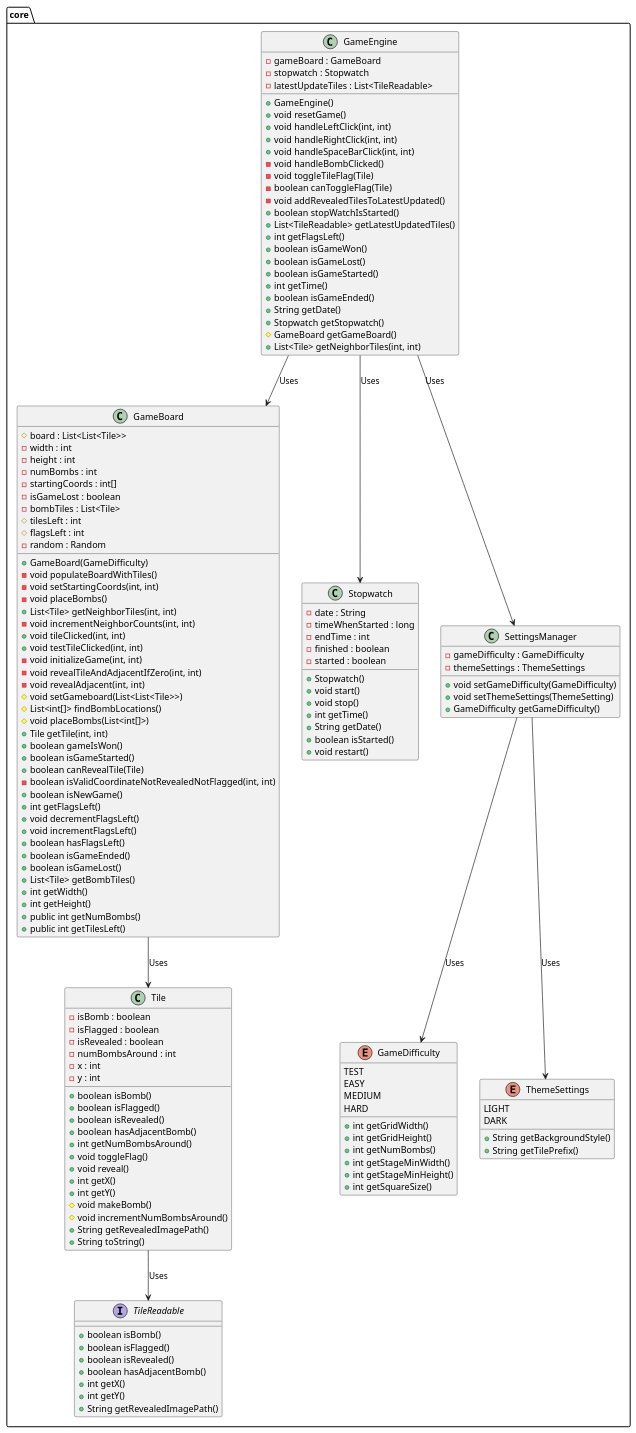
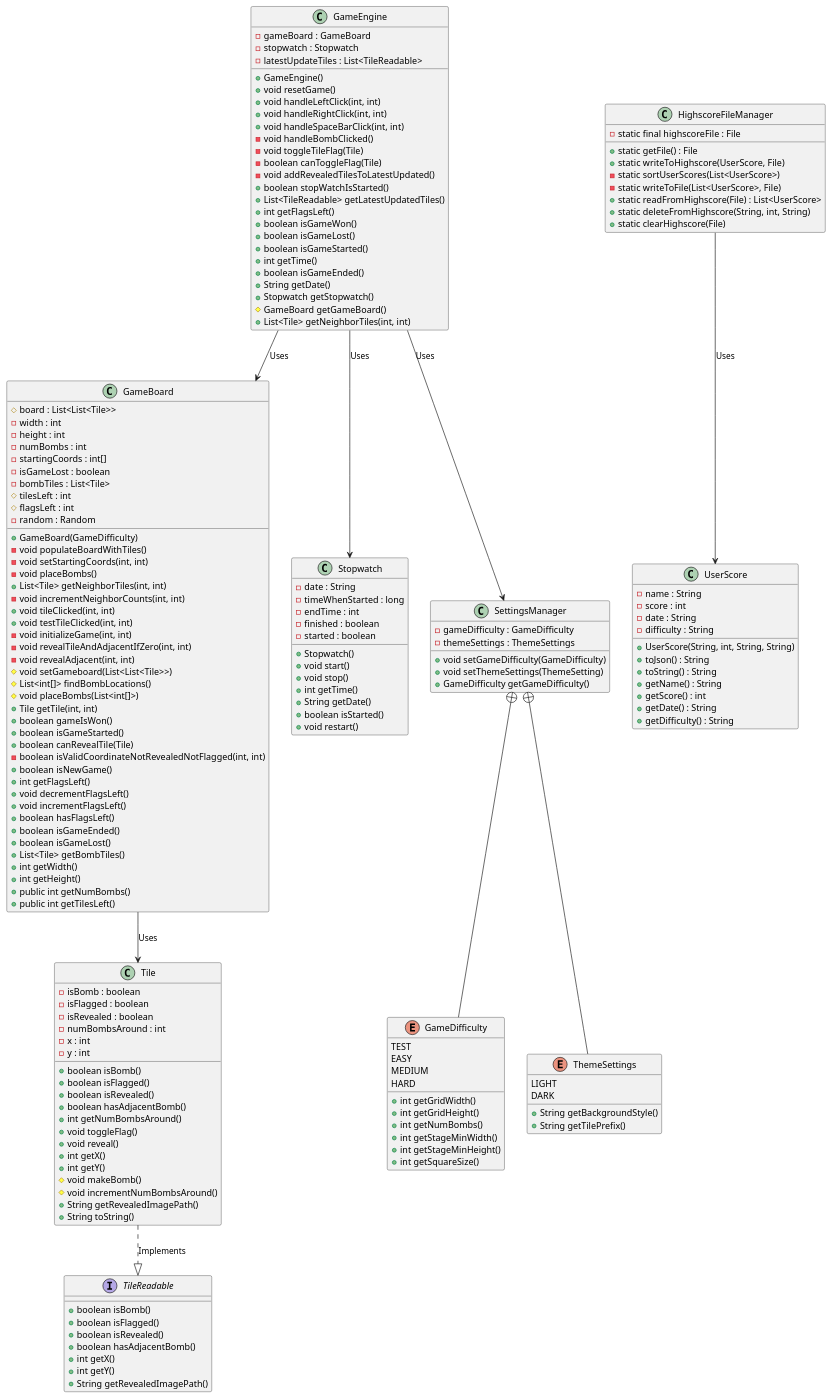
The diagram in minesweeper/diagrams/coreLogicClassDiagram.puml (Ksund02/minesweeper), drawn with PlantUML before and after one commit. The commit also changed 1 other file, not shown here.

Commit message:
Combined the two class diagrams into one

```diff
--- a/minesweeper/diagrams/coreLogicClassDiagram.puml
+++ b/minesweeper/diagrams/coreLogicClassDiagram.puml
@@ -1,159 +1,184 @@
 @startuml coreLogicClassDiagram
 
-package core {
-    class GameBoard {
-        # board : List<List<Tile>>
-        - width : int
-        - height : int
-        - numBombs : int
-        - startingCoords : int[]
-        - isGameLost : boolean
-        - bombTiles : List<Tile>
-        # tilesLeft : int
-        # flagsLeft : int
-        - random : Random
-        + GameBoard(GameDifficulty)
-        - void populateBoardWithTiles()
-        - void setStartingCoords(int, int)
-        - void placeBombs()
-        + List<Tile> getNeighborTiles(int, int)
-        - void incrementNeighborCounts(int, int)
-        + void tileClicked(int, int)
-        + void testTileClicked(int, int)
-        - void initializeGame(int, int)
-        - void revealTileAndAdjacentIfZero(int, int)
-        - void revealAdjacent(int, int)
-        # void setGameboard(List<List<Tile>>)
-        # List<int[]> findBombLocations()
-        # void placeBombs(List<int[]>)
-        + Tile getTile(int, int)
-        + boolean gameIsWon()
-        + boolean isGameStarted()
-        + boolean canRevealTile(Tile)
-        - boolean isValidCoordinateNotRevealedNotFlagged(int, int)
-        + boolean isNewGame()
-        + int getFlagsLeft()
-        + void decrementFlagsLeft()
-        + void incrementFlagsLeft()
-        + boolean hasFlagsLeft()
-        + boolean isGameEnded()
-        + boolean isGameLost()
-        + List<Tile> getBombTiles()
-        + int getWidth()
-        + int getHeight()
-        + public int getNumBombs()
-        + public int getTilesLeft()
+class GameBoard {
+    # board : List<List<Tile>>
+    - width : int
+    - height : int
+    - numBombs : int
+    - startingCoords : int[]
+    - isGameLost : boolean
+    - bombTiles : List<Tile>
+    # tilesLeft : int
+    # flagsLeft : int
+    - random : Random
+    + GameBoard(GameDifficulty)
+    - void populateBoardWithTiles()
+    - void setStartingCoords(int, int)
+    - void placeBombs()
+    + List<Tile> getNeighborTiles(int, int)
+    - void incrementNeighborCounts(int, int)
+    + void tileClicked(int, int)
+    + void testTileClicked(int, int)
+    - void initializeGame(int, int)
+    - void revealTileAndAdjacentIfZero(int, int)
+    - void revealAdjacent(int, int)
+    # void setGameboard(List<List<Tile>>)
+    # List<int[]> findBombLocations()
+    # void placeBombs(List<int[]>)
+    + Tile getTile(int, int)
+    + boolean gameIsWon()
+    + boolean isGameStarted()
+    + boolean canRevealTile(Tile)
+    - boolean isValidCoordinateNotRevealedNotFlagged(int, int)
+    + boolean isNewGame()
+    + int getFlagsLeft()
+    + void decrementFlagsLeft()
+    + void incrementFlagsLeft()
+    + boolean hasFlagsLeft()
+    + boolean isGameEnded()
+    + boolean isGameLost()
+    + List<Tile> getBombTiles()
+    + int getWidth()
+    + int getHeight()
+    + public int getNumBombs()
+    + public int getTilesLeft()
+}
+
+class Tile {
+    - isBomb : boolean
+    - isFlagged : boolean
+    - isRevealed : boolean
+    - numBombsAround : int
+    - x : int
+    - y : int
+    + boolean isBomb()
+    + boolean isFlagged()
+    + boolean isRevealed()
+    + boolean hasAdjacentBomb()
+    + int getNumBombsAround()
+    + void toggleFlag()
+    + void reveal()
+    + int getX()
+    + int getY()
+    # void makeBomb()
+    # void incrementNumBombsAround()
+    + String getRevealedImagePath()
+    + String toString()
+}
+
+class Stopwatch {
+    - date : String
+    - timeWhenStarted : long
+    - endTime : int
+    - finished : boolean
+    - started : boolean
+    + Stopwatch()
+    + void start()
+    + void stop()
+    + int getTime()
+    + String getDate()
+    + boolean isStarted()
+    + void restart()
+}
+
+class GameEngine {
+    - gameBoard : GameBoard
+    - stopwatch : Stopwatch
+    - latestUpdateTiles : List<TileReadable>
+    + GameEngine()
+    + void resetGame()
+    + void handleLeftClick(int, int)
+    + void handleRightClick(int, int)
+    + void handleSpaceBarClick(int, int)
+    - void handleBombClicked()
+    - void toggleTileFlag(Tile)
+    - boolean canToggleFlag(Tile)
+    - void addRevealedTilesToLatestUpdated()
+    + boolean stopWatchIsStarted()
+    + List<TileReadable> getLatestUpdatedTiles()
+    + int getFlagsLeft()
+    + boolean isGameWon()
+    + boolean isGameLost()
+    + boolean isGameStarted()
+    + int getTime()
+    + boolean isGameEnded()
+    + String getDate()
+    + Stopwatch getStopwatch()
+    # GameBoard getGameBoard()
+    + List<Tile> getNeighborTiles(int, int)
+}
+
+enum GameDifficulty {
+    TEST
+    EASY
+    MEDIUM
+    HARD
+    + int getGridWidth()
+    + int getGridHeight()
+    + int getNumBombs()
+    + int getStageMinWidth()
+    + int getStageMinHeight()
+    + int getSquareSize()
+}
+
+enum ThemeSettings {
+    LIGHT
+    DARK
+    + String getBackgroundStyle()
+    + String getTilePrefix()
+}
+
+class SettingsManager {
+    - gameDifficulty : GameDifficulty
+    - themeSettings : ThemeSettings
+    + void setGameDifficulty(GameDifficulty)
+    + void setThemeSettings(ThemeSetting)
+    + GameDifficulty getGameDifficulty()
+}
+
+interface TileReadable {
+    + boolean isBomb()
+    + boolean isFlagged()
+    + boolean isRevealed()
+    + boolean hasAdjacentBomb()
+    + int getX()
+    + int getY()
+    + String getRevealedImagePath()
+}
+
+class HighscoreFileManager {
+        - static final highscoreFile : File
+        + static getFile() : File
+        + static writeToHighscore(UserScore, File)
+        - static sortUserScores(List<UserScore>)
+        - static writeToFile(List<UserScore>, File)
+        + static readFromHighscore(File) : List<UserScore>
+        + static deleteFromHighscore(String, int, String)
+        + static clearHighscore(File)
     }
 
-    class Tile {
-        - isBomb : boolean
-        - isFlagged : boolean
-        - isRevealed : boolean
-        - numBombsAround : int
-        - x : int
-        - y : int
-        + boolean isBomb()
-        + boolean isFlagged()
-        + boolean isRevealed()
-        + boolean hasAdjacentBomb()
-        + int getNumBombsAround()
-        + void toggleFlag()
-        + void reveal()
-        + int getX()
-        + int getY()
-        # void makeBomb()
-        # void incrementNumBombsAround()
-        + String getRevealedImagePath()
-        + String toString()
+    class UserScore {
+        - name : String
+        - score : int
+        - date : String
+        - difficulty : String
+        + UserScore(String, int, String, String)
+        + toJson() : String
+        + toString() : String
+        + getName() : String
+        + getScore() : int
+        + getDate() : String
+        + getDifficulty() : String
     }
 
-    class Stopwatch {
-        - date : String
-        - timeWhenStarted : long
-        - endTime : int
-        - finished : boolean
-        - started : boolean
-        + Stopwatch()
-        + void start()
-        + void stop()
-        + int getTime()
-        + String getDate()
-        + boolean isStarted()
-        + void restart()
-    }
+SettingsManager +-- GameDifficulty
+SettingsManager +-- ThemeSettings
+GameBoard --> Tile : Uses
+GameEngine --> SettingsManager : Uses
+GameEngine --> Stopwatch : Uses
+GameEngine --> GameBoard : Uses
+Tile ..|> TileReadable: Implements
+HighscoreFileManager --> UserScore: Uses
 
-    class GameEngine {
-        - gameBoard : GameBoard
-        - stopwatch : Stopwatch
-        - latestUpdateTiles : List<TileReadable>
-        + GameEngine()
-        + void resetGame()
-        + void handleLeftClick(int, int)
-        + void handleRightClick(int, int)
-        + void handleSpaceBarClick(int, int)
-        - void handleBombClicked()
-        - void toggleTileFlag(Tile)
-        - boolean canToggleFlag(Tile)
-        - void addRevealedTilesToLatestUpdated()
-        + boolean stopWatchIsStarted()
-        + List<TileReadable> getLatestUpdatedTiles()
-        + int getFlagsLeft()
-        + boolean isGameWon()
-        + boolean isGameLost()
-        + boolean isGameStarted()
-        + int getTime()
-        + boolean isGameEnded()
-        + String getDate()
-        + Stopwatch getStopwatch()
-        # GameBoard getGameBoard()
-        + List<Tile> getNeighborTiles(int, int)
-    }
-
-    enum GameDifficulty {
-        TEST
-        EASY
-        MEDIUM
-        HARD
-        + int getGridWidth()
-        + int getGridHeight()
-        + int getNumBombs()
-        + int getStageMinWidth()
-        + int getStageMinHeight()
-        + int getSquareSize()
-    }
-
-    enum ThemeSettings {
-        LIGHT
-        DARK
-        + String getBackgroundStyle()
-        + String getTilePrefix()
-    }
-
-    class SettingsManager {
-        - gameDifficulty : GameDifficulty
-        - themeSettings : ThemeSettings
-        + void setGameDifficulty(GameDifficulty)
-        + void setThemeSettings(ThemeSetting)
-        + GameDifficulty getGameDifficulty()
-    }
-
-    interface TileReadable {
-        + boolean isBomb()
-        + boolean isFlagged()
-        + boolean isRevealed()
-        + boolean hasAdjacentBomb()
-        + int getX()
-        + int getY()
-        + String getRevealedImagePath()
-    }
-
-    SettingsManager --> GameDifficulty : Uses
-    SettingsManager --> ThemeSettings : Uses
-    GameBoard --> Tile : Uses
-    GameEngine --> SettingsManager : Uses
-    GameEngine --> Stopwatch : Uses
-    GameEngine --> GameBoard : Uses
-    Tile --> TileReadable: Uses
-}
 
 @enduml
```
